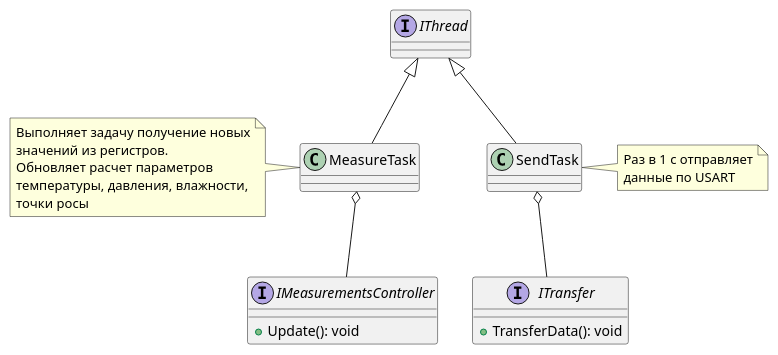
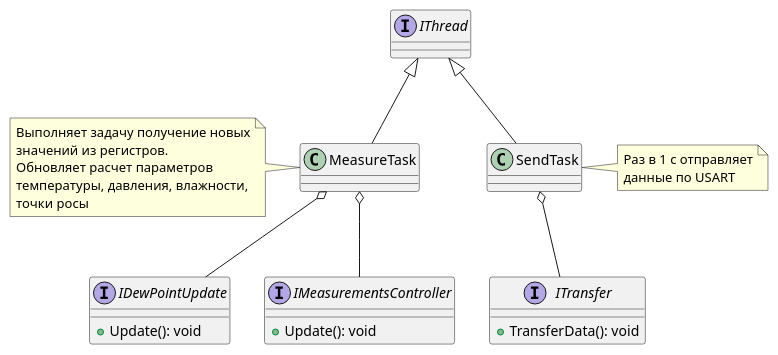
The first of 5 diagrams in Diagrams.adoc (Alexandro103/Laba), drawn with PlantUML before and after one commit. The commit also changed other lines of this file, not shown here.

```diff
--- a/Diagrams.adoc
+++ b/Diagrams.adoc
@@ -14,40 +14,42 @@
 [plantuml]
 ----
 interface IThread
 
 class MeasureTask
 class SendTask
 
-
+interface IDewPointUpdate {
+    +Update(): void
+}
 
 interface IMeasurementsController {
     +Update(): void
 }
 
 interface ITransfer {
     +TransferData(): void
 }
 
 interface IMeasurementsController
 interface ITransfer
 
 IThread <|-- MeasureTask
 IThread <|-- SendTask
-
+MeasureTask o--IDewPointUpdate
 MeasureTask o-- IMeasurementsController
 
 SendTask o-- ITransfer
 
 note left of MeasureTask
 Выполняет задачу получение новых
 значений из регистров.
 Обновляет расчет параметров
 температуры, давления, влажности,
 точки росы
 end note
 
 note right of SendTask
 Раз в 1 с отправляет
 данные по USART
 end note
 ----
```
